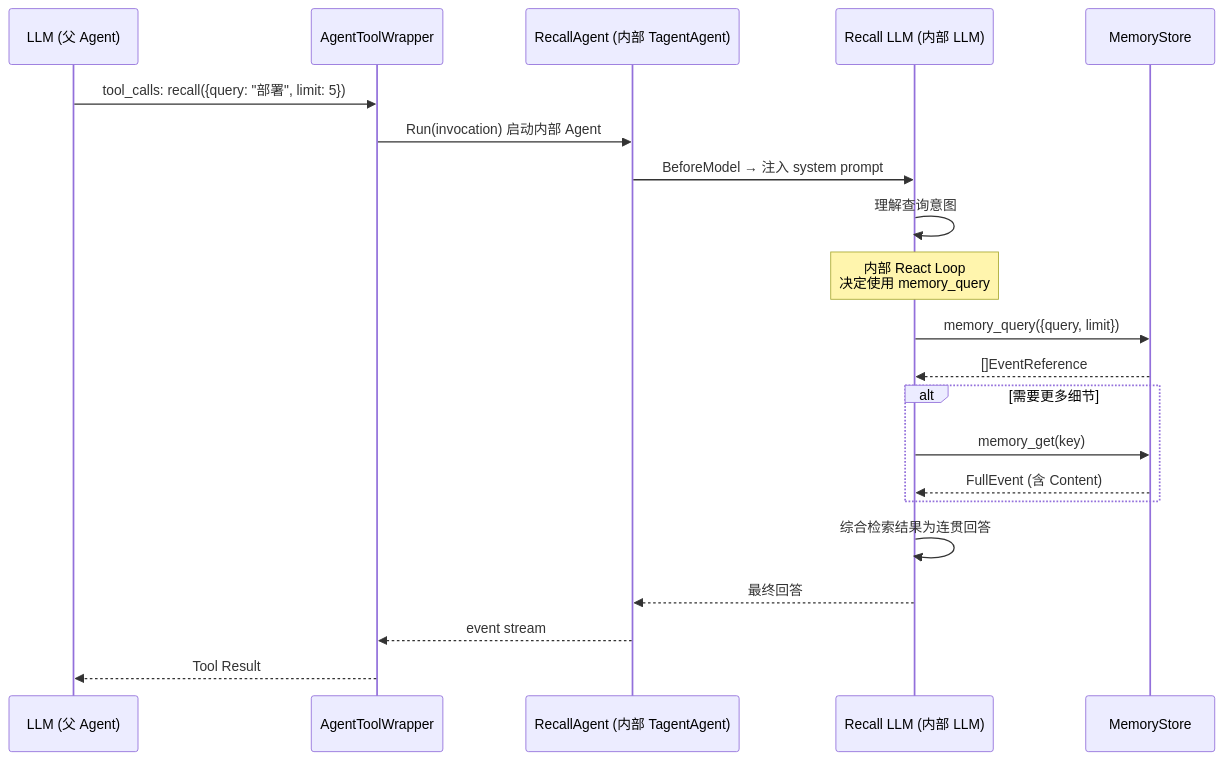
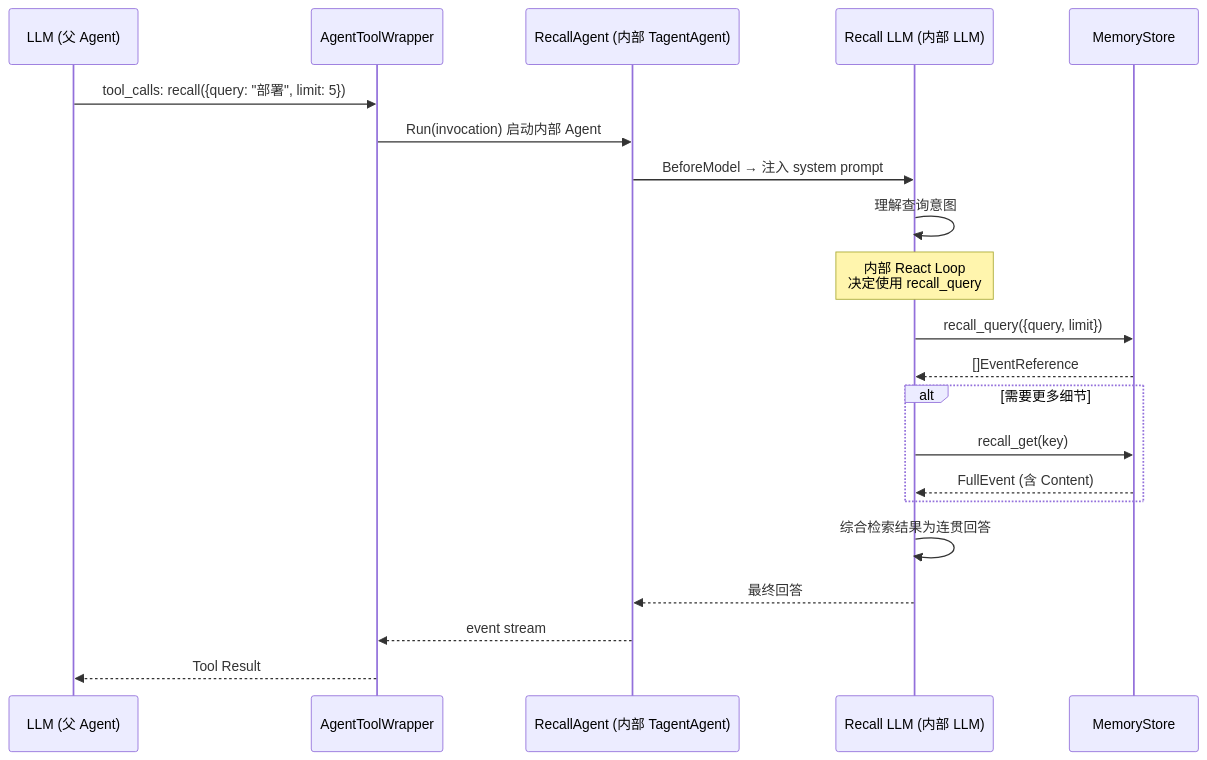
Before and after one commit to SpellingDragon/tagent: the fifth of 6 diagrams in docs/wiki/tool/tool-architecture.md, drawn with Mermaid. The commit also changed other lines of this file and 78 other files, not shown here.

````diff
--- a/docs/wiki/tool/tool-architecture.md
+++ b/docs/wiki/tool/tool-architecture.md
@@ -934,27 +1064,27 @@
 ```mermaid
 sequenceDiagram
     participant LLM as LLM (父 Agent)
     participant ATW as AgentToolWrapper
     participant RA as RecallAgent (内部 TagentAgent)
     participant RL as Recall LLM (内部 LLM)
     participant MS as MemoryStore
 
     LLM->>ATW: tool_calls: recall({query: "部署", limit: 5})
     ATW->>RA: Run(invocation) 启动内部 Agent
     RA->>RL: BeforeModel → 注入 system prompt
     RL->>RL: 理解查询意图
 
-    Note over RL: 内部 React Loop<br/>决定使用 memory_query
-    RL->>MS: memory_query({query, limit})
+    Note over RL: 内部 React Loop<br/>决定使用 recall_query
+    RL->>MS: recall_query({query, limit})
     MS-->>RL: []EventReference
 
     alt 需要更多细节
-        RL->>MS: memory_get(key)
+        RL->>MS: recall_get(key)
         MS-->>RL: FullEvent (含 Content)
     end
 
     RL->>RL: 综合检索结果为连贯回答
     RL-->>RA: 最终回答
     RA-->>ATW: event stream
     ATW-->>LLM: Tool Result
 ```
````
